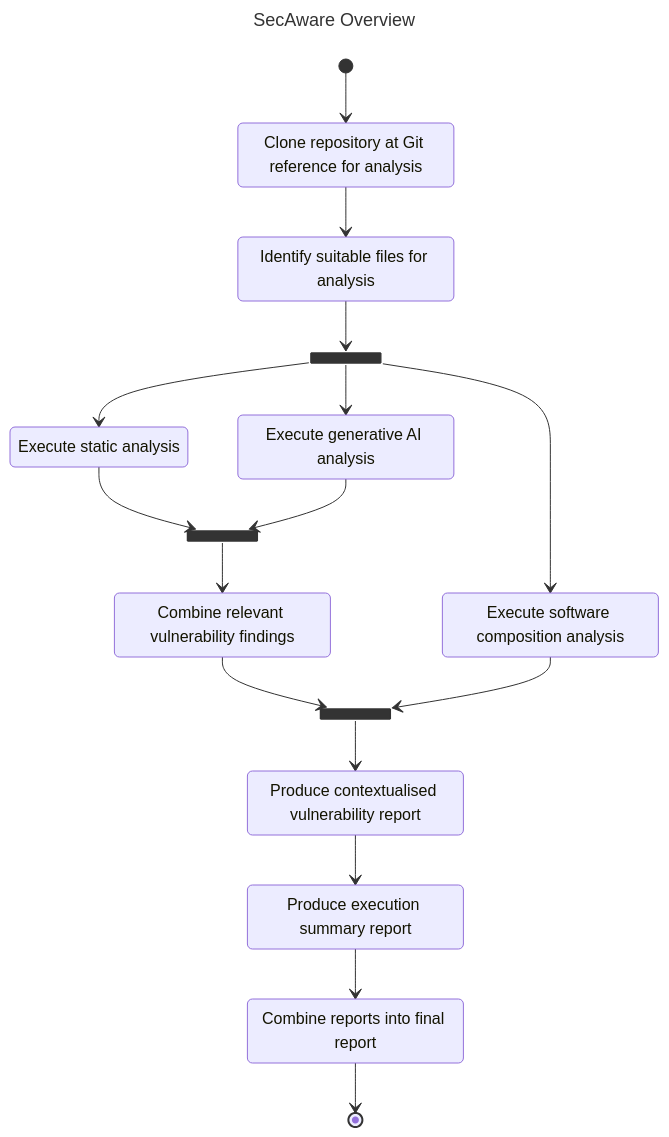
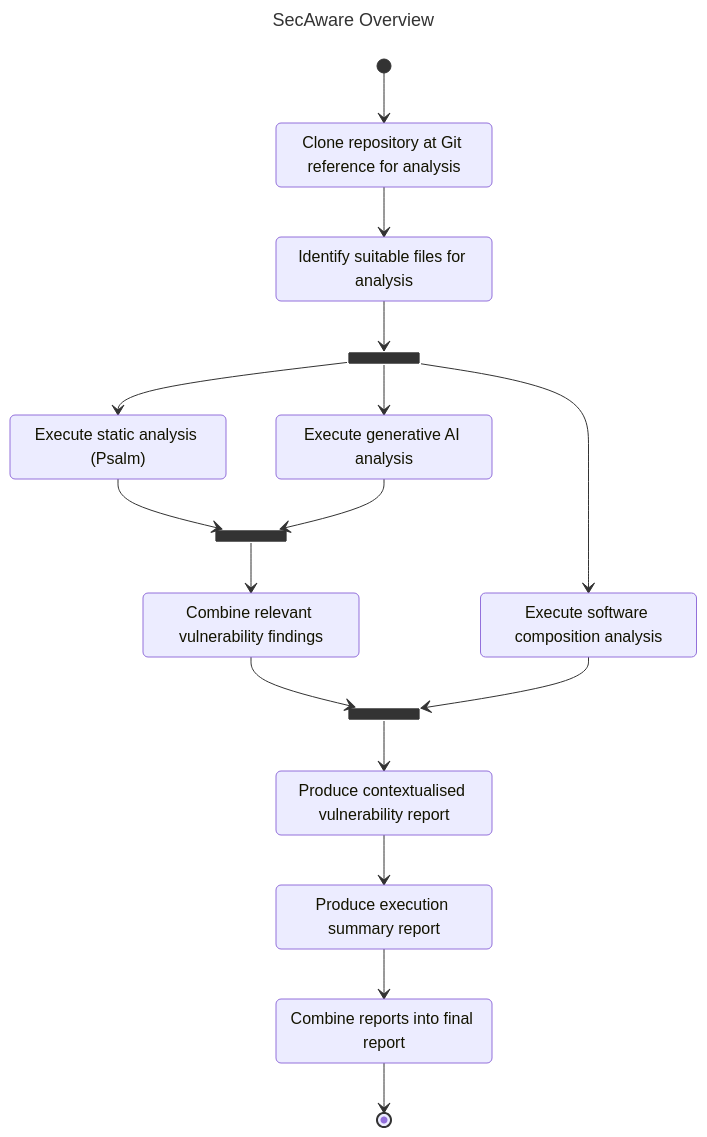
One commit to AlexWinder/SecAware changed the first of 3 diagrams in README.md. Above: the diagram before and after it, drawn with Mermaid. The commit also changed other lines of this file, not shown here.

Commit message:
Added AI diagram

````diff
--- a/README.md
+++ b/README.md
@@ -76,42 +76,42 @@
 ```mermaid
 ---
 title: SecAware Overview
 ---
 stateDiagram-v2
     state "Clone repository at Git reference for analysis" as cloneRepo
     state "Identify suitable files for analysis" as identifyFiles
     state "Execute software composition analysis" as executeSCA
-    state "Execute static analysis" as executeSA
+    state "Execute static analysis (Psalm)" as executeSA
     state "Execute generative AI analysis" as executeGAIA
     state "Combine relevant vulnerability findings" as identifyRelevantFindings
     state "Produce contextualised vulnerability report" as produceContextualisedReport
     state "Produce execution summary report" as produceExecutionReport
     state "Combine reports into final report" as finalReport
 
     state analysisFork <<fork>>
     state analysisJoin <<join>>
     state combineJoin <<join>>
 
     [*] --> cloneRepo
     cloneRepo --> identifyFiles
     identifyFiles --> analysisFork
 
     analysisFork --> executeSCA
     analysisFork --> executeSA
     analysisFork --> executeGAIA
 
     executeSA --> analysisJoin
     executeGAIA --> analysisJoin
 
     analysisJoin --> identifyRelevantFindings
 
     identifyRelevantFindings --> combineJoin
     executeSCA --> combineJoin
 
     combineJoin --> produceContextualisedReport
 
     produceContextualisedReport --> produceExecutionReport
     produceExecutionReport --> finalReport
 
     finalReport --> [*]
 ```
````
